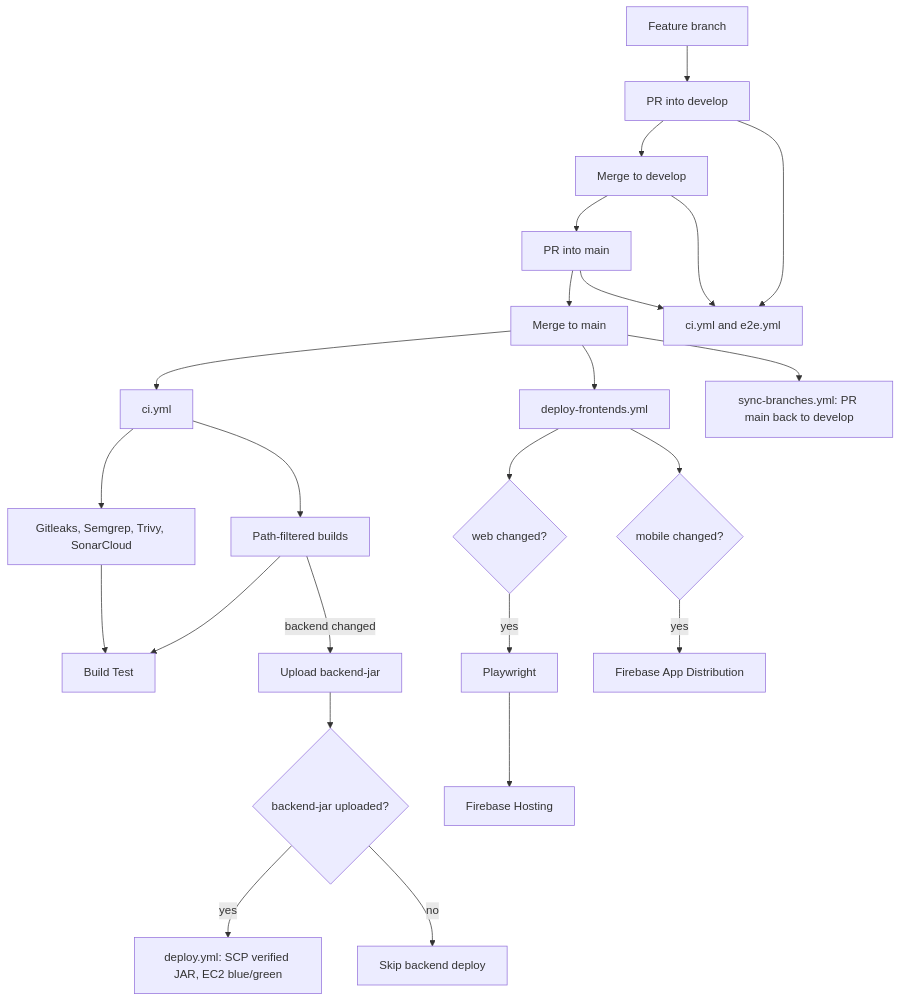
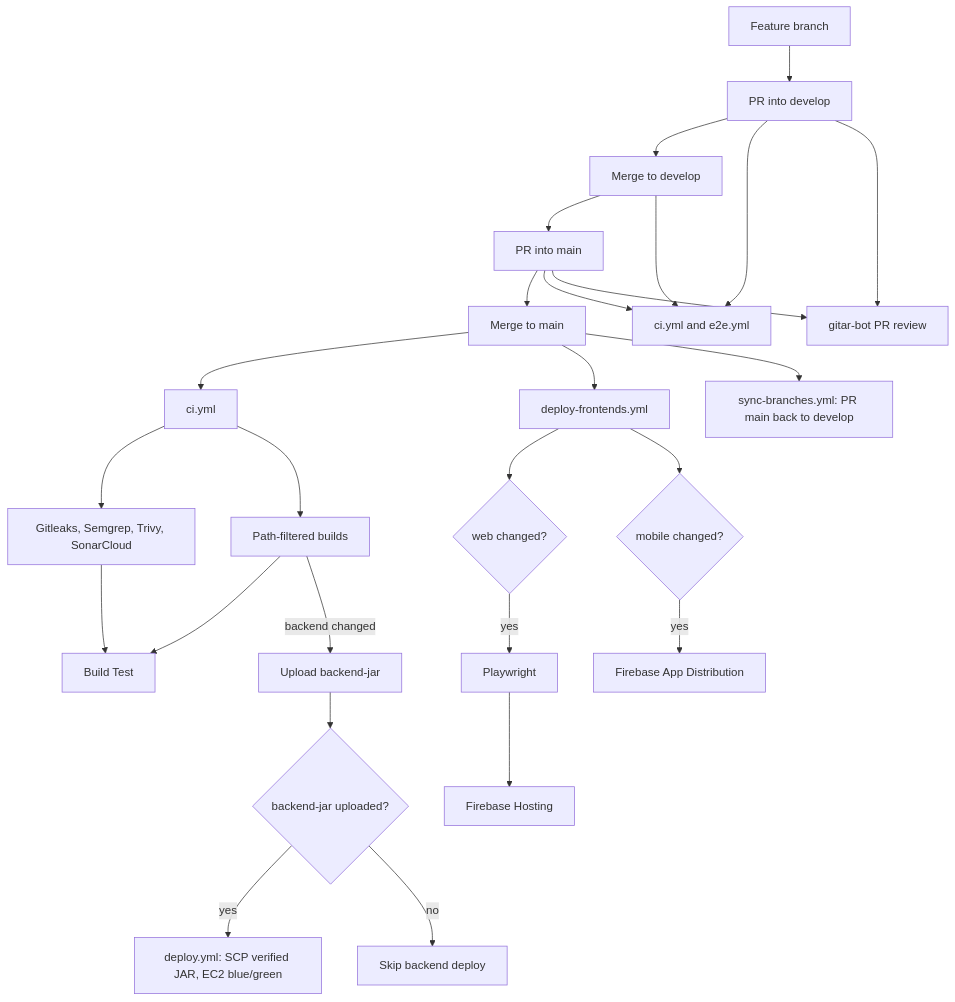
The diagram in CICD-PIPELINE.md (CanMakan-Team/CanMakan), drawn with Mermaid before and after one commit. The commit also changed other lines of this file and 7 other files, not shown here.

````diff
--- a/CICD-PIPELINE.md
+++ b/CICD-PIPELINE.md
@@ -103,30 +142,32 @@
 ```mermaid
 flowchart TD
   F[Feature branch] --> PRD[PR into develop]
   PRD --> D[Merge to develop]
   D --> PRM[PR into main]
   PRM --> M[Merge to main]
 
   PRD --> CHK[ci.yml and e2e.yml]
   D --> CHK
   PRM --> CHK
+  PRD --> gitar[gitar-bot PR review]
+  PRM --> gitar
 
   M --> CI[ci.yml]
   CI --> S[Gitleaks, Semgrep, Trivy, SonarCloud]
   CI --> B[Path-filtered builds]
   S --> G[Build Test]
   B --> G
   B -->|backend changed| JAR[Upload backend-jar]
   JAR --> Q{backend-jar uploaded?}
   Q -->|yes| BE[deploy.yml: SCP verified JAR, EC2 blue/green]
   Q -->|no| SK[Skip backend deploy]
 
   M --> FE[deploy-frontends.yml]
   FE --> W{web changed?}
   W -->|yes| PW[Playwright]
   PW --> FB[Firebase Hosting]
   FE --> A{mobile changed?}
   A -->|yes| APK[Firebase App Distribution]
 
   M --> SY[sync-branches.yml: PR main back to develop]
 ```
````
